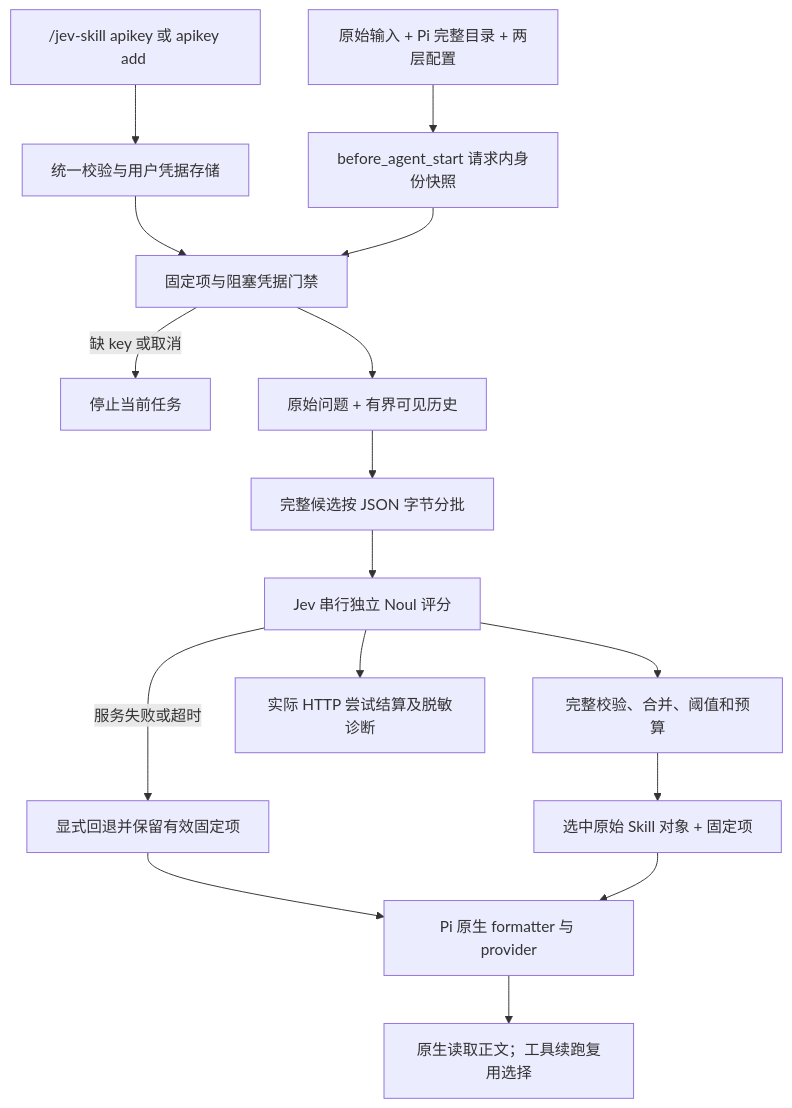
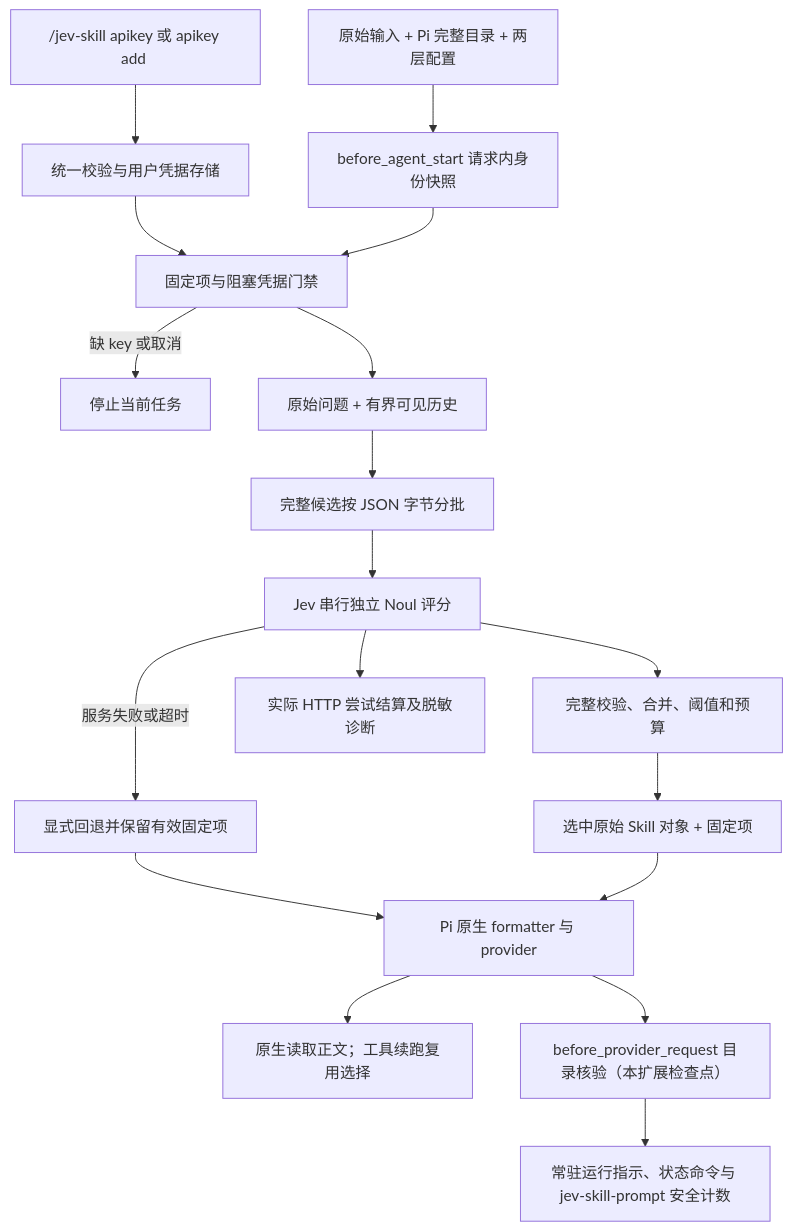
Before and after one commit to aimmetal-tech/jev-skills-retrieval: the diagram in AGENTS.md, drawn with Mermaid. The commit also changed other lines of this file and 8 other files, not shown here.

First line of the commit message:
feat(pi): show persistent Jev activity and prompt delivery status

````diff
--- a/AGENTS.md
+++ b/AGENTS.md
@@ -86,18 +89,20 @@
 ```mermaid
 flowchart TD
   U["/jev-skill apikey 或 apikey add <apikey>"] --> V["统一校验与用户凭据存储"]
   V --> C
   A["原始输入 + Pi 完整目录 + 两层配置"] --> B["before_agent_start 请求内身份快照"]
   B --> C["固定项与阻塞凭据门禁"]
   C -->|"缺 key 或取消"| X["停止当前任务"]
   C --> D["原始问题 + 有界可见历史"]
   D --> E["完整候选按 JSON 字节分批"]
   E --> F["Jev 串行独立 Noul 评分"]
   F --> G["完整校验、合并、阈值和预算"]
   F -->|"服务失败或超时"| H["显式回退并保留有效固定项"]
   G --> I["选中原始 Skill 对象 + 固定项"]
   H --> J["Pi 原生 formatter 与 provider"]
   I --> J
   J --> K["原生读取正文；工具续跑复用选择"]
   F --> L["实际 HTTP 尝试结算及脱敏诊断"]
+  J --> M["before_provider_request 目录核验（本扩展检查点）"]
+  M --> N["常驻运行指示、状态命令与 jev-skill-prompt 安全计数"]
 ```
````
